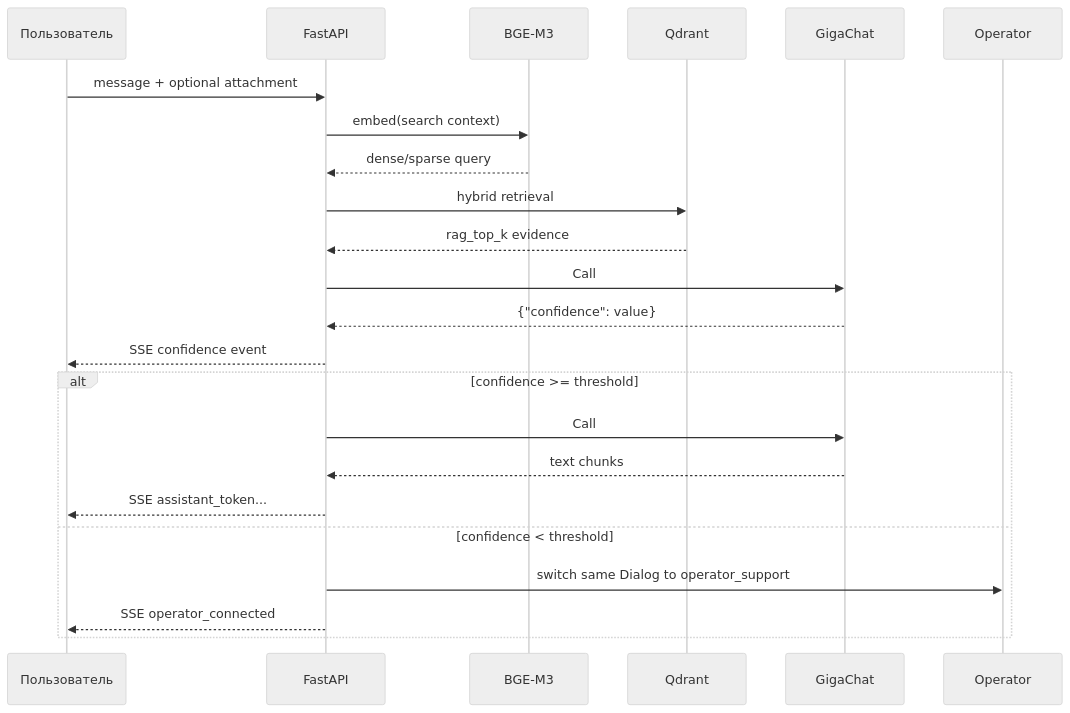
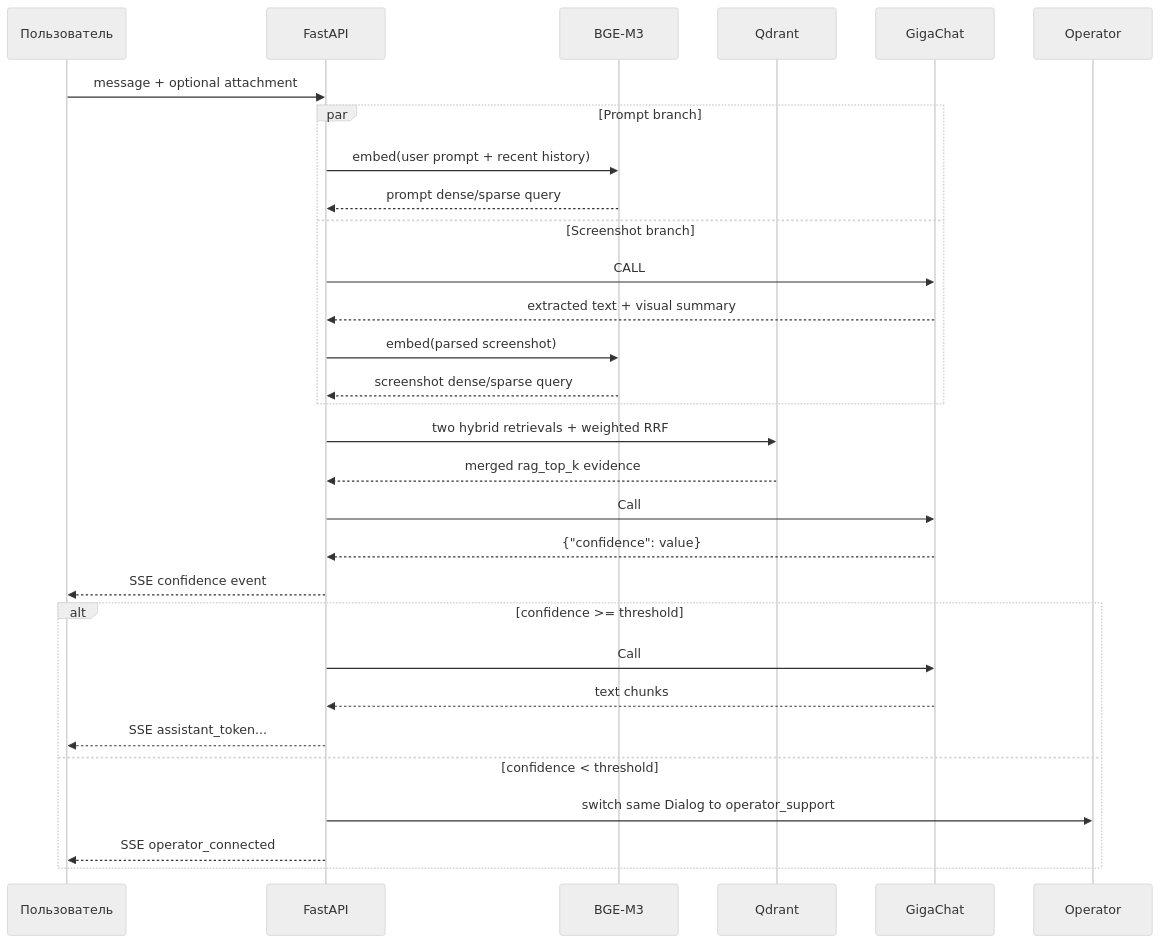
The second of 2 diagrams in ARCHITECTURE.md (MrDoodeth/sber-molvest-hackaton), drawn with Mermaid (neutral theme) before and after one commit. The commit also changed other lines of this file and 29 other files, not shown here.

Commit message:
feat: add local BGE-M3 multimodal RAG flow

````diff
--- a/ARCHITECTURE.md
+++ b/ARCHITECTURE.md
@@ -1256,29 +1257,36 @@
 ```mermaid
 sequenceDiagram
     participant U as Пользователь
     participant API as FastAPI
     participant EMB as BGE-M3
     participant Q as Qdrant
     participant G as GigaChat
     participant E as Operator
 
     U->>API: message + optional attachment
 
-    API->>EMB: embed(search context)
-    EMB-->>API: dense/sparse query
-    API->>Q: hybrid retrieval
-    Q-->>API: rag_top_k evidence
+    par Prompt branch
+        API->>EMB: embed(user prompt + recent history)
+        EMB-->>API: prompt dense/sparse query
+    and Screenshot branch
+        API->>G: CALL #0 screenshot parse
+        G-->>API: extracted text + visual summary
+        API->>EMB: embed(parsed screenshot)
+        EMB-->>API: screenshot dense/sparse query
+    end
+    API->>Q: two hybrid retrievals + weighted RRF
+    Q-->>API: merged rag_top_k evidence
 
     API->>G: Call #1 confidence gate
     G-->>API: {"confidence": value}
     API-->>U: SSE confidence event
 
     alt confidence >= threshold
         API->>G: Call #2 answer (stream)
         G-->>API: text chunks
         API-->>U: SSE assistant_token...
     else confidence < threshold
         API->>E: switch same Dialog to operator_support
         API-->>U: SSE operator_connected
     end
 ```
````
